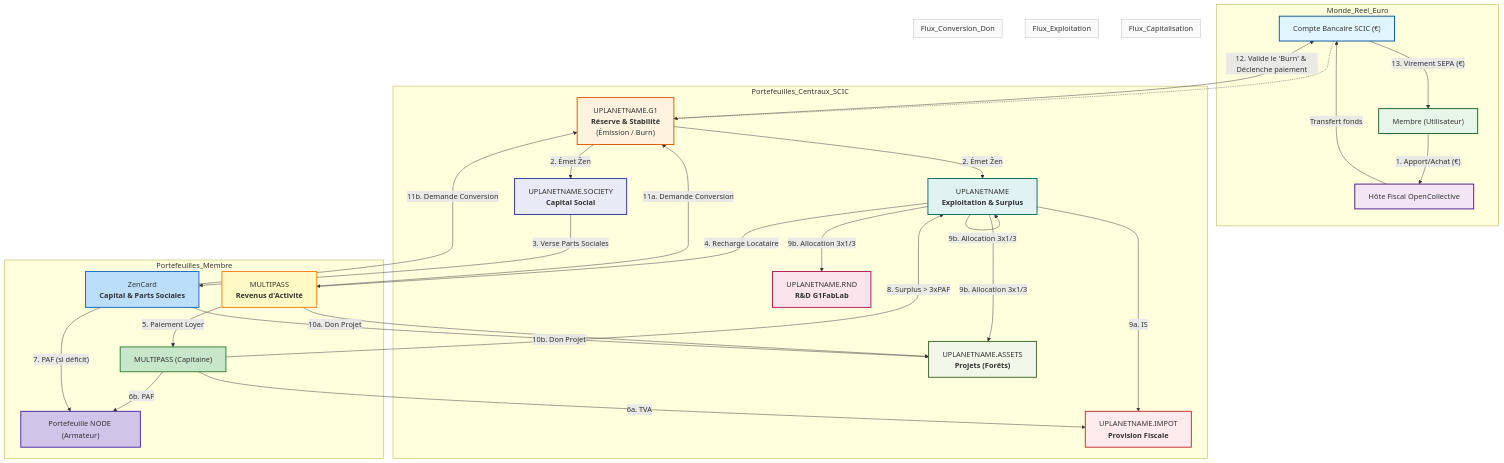
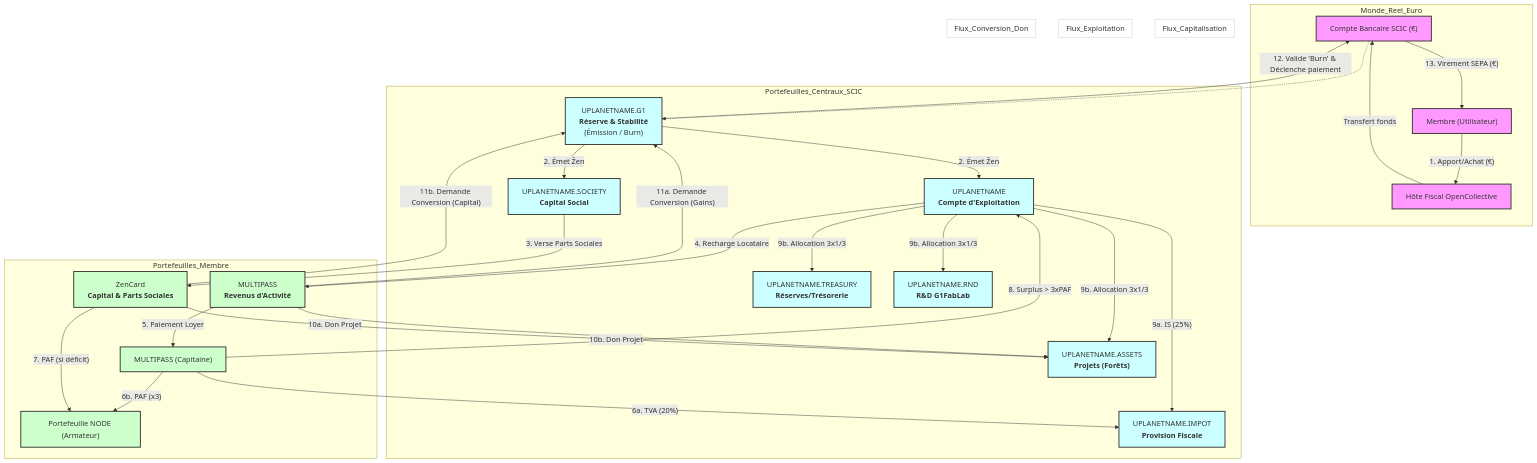
The diagram in templates/mermaid_LEGAL_UPLANET_FLUX.mmd (papiche/Astroport.ONE), drawn with Mermaid before and after one commit.

Commit message:
Fiscalité by Design

```diff
--- a/templates/mermaid_LEGAL_UPLANET_FLUX.mmd
+++ b/templates/mermaid_LEGAL_UPLANET_FLUX.mmd
@@ -1,80 +1,70 @@
 graph TD
     subgraph "Monde_Reel_Euro"
-        A["Compte Bancaire SCIC (€)"]:::bank
-        B["Hôte Fiscal OpenCollective"]:::fiscal
-        C["Membre (Utilisateur)"]:::user
+        A["Compte Bancaire SCIC (€)"]
+        B["Hôte Fiscal OpenCollective"]
+        C["Membre (Utilisateur)"]
 
         C -- "1. Apport/Achat (€)" --> B
         B -- "Transfert fonds" --> A
     end
 
     subgraph "Portefeuilles_Centraux_SCIC"
-        G1["UPLANETNAME.G1<br><b>Réserve & Stabilité</b><br>(Émission / Burn)"]:::reserve
-        SOC["UPLANETNAME.SOCIETY<br><b>Capital Social</b>"]:::capital
-        OPE["UPLANETNAME<br><b>Exploitation & Surplus</b>"]:::operations
-        IMP["UPLANETNAME.IMPOT<br><b>Provision Fiscale</b>"]:::tax
-        ASS["UPLANETNAME.ASSETS<br><b>Projets (Forêts)</b>"]:::assets
-        RND["UPLANETNAME.RND<br><b>R&D G1FabLab</b>"]:::rnd
+        G1["UPLANETNAME.G1<br><b>Réserve & Stabilité</b><br>(Émission / Burn)"]
+        SOC["UPLANETNAME.SOCIETY<br><b>Capital Social</b>"]
+        OPE["UPLANETNAME<br><b>Compte d'Exploitation</b>"]
+        IMP["UPLANETNAME.IMPOT<br><b>Provision Fiscale</b>"]
+        %% Portefeuille ajouté pour la conformité 3x1/3
+        TRE["UPLANETNAME.TREASURY<br><b>Réserves/Trésorerie</b>"]
+        ASS["UPLANETNAME.ASSETS<br><b>Projets (Forêts)</b>"]
+        RND["UPLANETNAME.RND<br><b>R&D G1FabLab</b>"]
 
         A -.-> G1 -- "2. Émet Ẑen" --> SOC & OPE
     end
 
     subgraph "Portefeuilles_Membre"
-        MP["MULTIPASS<br><b>Revenus d'Activité</b>"]:::income
-        ZC["ZenCard<br><b>Capital & Parts Sociales</b>"]:::shares
-        MP_Cap["MULTIPASS (Capitaine)"]:::captain
-        NODE["Portefeuille NODE (Armateur)"]:::node
+        MP["MULTIPASS<br><b>Revenus d'Activité</b>"]
+        ZC["ZenCard<br><b>Capital & Parts Sociales</b>"]
+        MP_Cap["MULTIPASS (Capitaine)"]
+        NODE["Portefeuille NODE (Armateur)"]
     end
 
     %% FLUX DE CAPITALISATION
     subgraph "Flux_Capitalisation"
         SOC -- "3. Verse Parts Sociales" --> ZC
     end
 
     %% FLUX D'EXPLOITATION
     subgraph "Flux_Exploitation"
         OPE -- "4. Recharge Locataire" --> MP
         MP -- "5. Paiement Loyer" --> MP_Cap
-        MP_Cap -- "6a. TVA" --> IMP
-        MP_Cap -- "6b. PAF" --> NODE
+        MP_Cap -- "6a. TVA (20%)" --> IMP
+        MP_Cap -- "6b. PAF (x3)" --> NODE
         ZC -- "7. PAF (si déficit)" --> NODE
         MP_Cap -- "8. Surplus > 3xPAF" --> OPE
-        OPE -- "9a. IS" --> IMP
-        OPE -- "9b. Allocation 3x1/3" --> OPE & ASS & RND
+        OPE -- "9a. IS (25%)" --> IMP
+        %% Flux corrigé pour refléter la répartition 3x1/3
+        OPE -- "9b. Allocation 3x1/3" --> TRE & ASS & RND
     end
 
     %% FLUX DE CONVERSION ET DE DON
     subgraph "Flux_Conversion_Don"
         MP -- "10a. Don Projet" --> ASS
         ZC -- "10b. Don Projet" --> ASS
-        MP -- "11a. Demande Conversion" --> G1
-        ZC -- "11b. Demande Conversion" --> G1
+        MP -- "11a. Demande Conversion (Gains)" --> G1
+        ZC -- "11b. Demande Conversion (Capital)" --> G1
         
-        %% Ligne corrigée : décomposition en deux étapes
-        G1 -- "12. Valide le 'Burn' & Déclenche paiement" --> A
+        %% Flux décomposé pour plus de clarté
+        G1 -- "12. Valide 'Burn' & Déclenche paiement" --> A
         A -- "13. Virement SEPA (€)" --> C
     end
 
     %% Styling
-    classDef bank fill:#e1f5fe,stroke:#01579b,stroke-width:2px
-    classDef fiscal fill:#f3e5f5,stroke:#4a148c,stroke-width:2px
-    classDef user fill:#e8f5e9,stroke:#1b5e20,stroke-width:2px
-    
-    classDef reserve fill:#fff3e0,stroke:#e65100,stroke-width:2px
-    classDef capital fill:#e8eaf6,stroke:#283593,stroke-width:2px
-    classDef operations fill:#e0f2f1,stroke:#00695c,stroke-width:2px
-    classDef tax fill:#ffebee,stroke:#c62828,stroke-width:2px
-    classDef assets fill:#f1f8e9,stroke:#33691e,stroke-width:2px
-    classDef rnd fill:#fce4ec,stroke:#ad1457,stroke-width:2px
-    
-    classDef income fill:#fff9c4,stroke:#f57f17,stroke-width:2px
-    classDef shares fill:#bbdefb,stroke:#1565c0,stroke-width:2px
-    classDef captain fill:#c8e6c9,stroke:#2e7d32,stroke-width:2px
-    classDef node fill:#d1c4e9,stroke:#4527a0,stroke-width:2px
-    
-    classDef flowbox fill:#fafafa,stroke:#bdbdbd,stroke-width:1px
+    classDef real fill:#f9f,stroke:#333,stroke-width:2px
+    classDef central fill:#cff,stroke:#333,stroke-width:2px
+    classDef member fill:#cfc,stroke:#333,stroke-width:2px
+    classDef flowbox fill:#fff,stroke:#ccc,stroke-width:1px
 
     class A,B,C real
-    class G1,SOC,OPE,IMP,ASS,RND central
+    class G1,SOC,OPE,IMP,TRE,ASS,RND central
     class MP,ZC,MP_Cap,NODE member
     class Flux_Capitalisation,Flux_Exploitation,Flux_Conversion_Don flowbox
```
